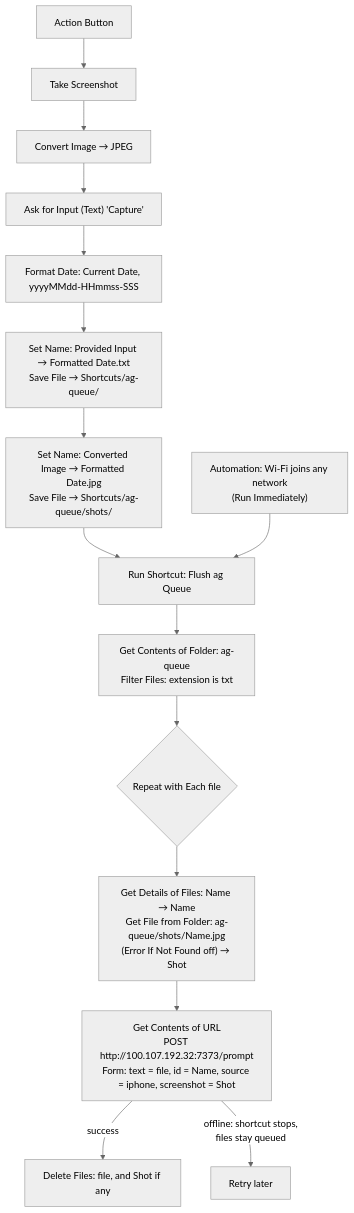
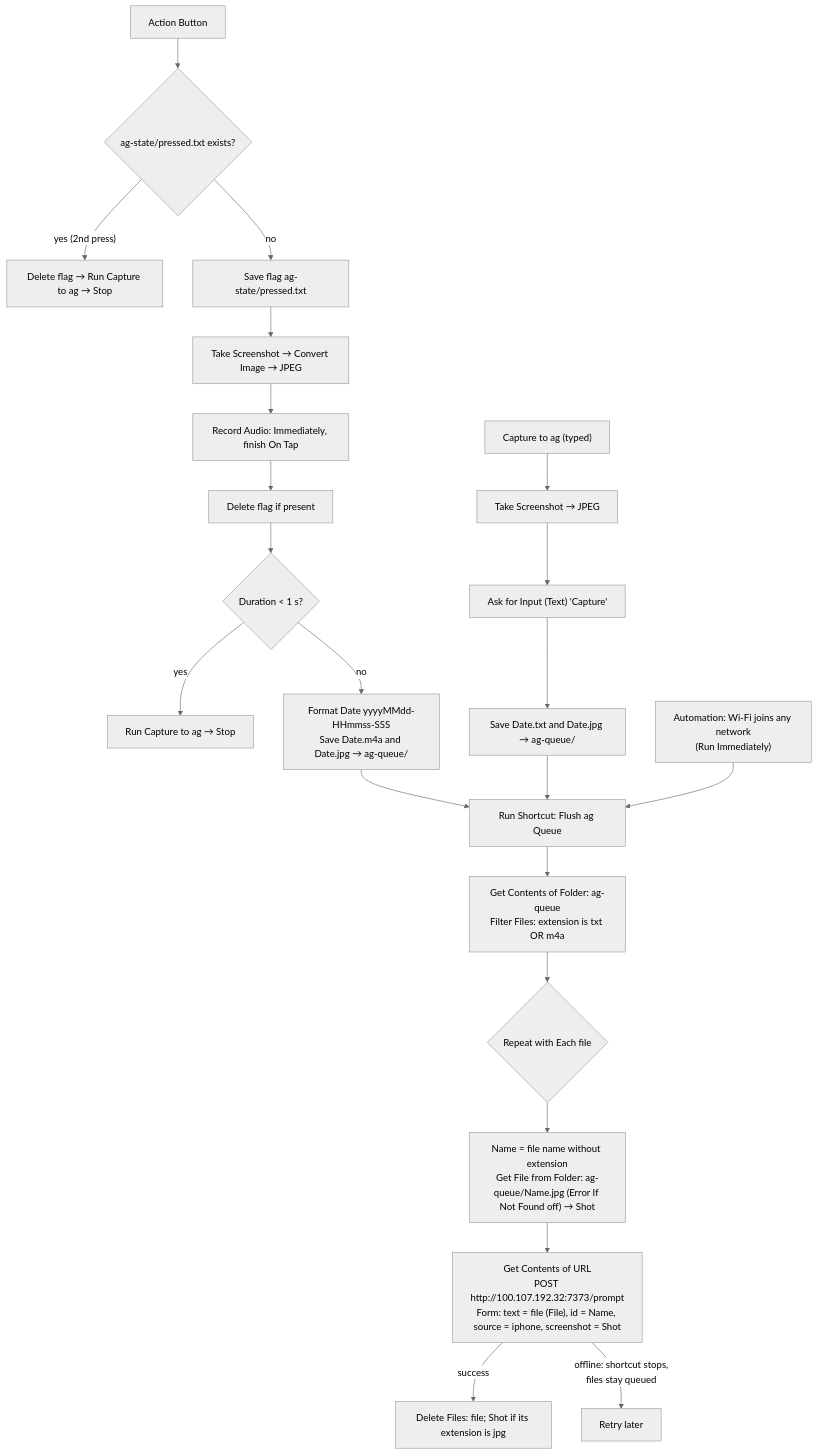
The diagram in ios-shortcuts/capture-to-ag.md (nathankoerschner/dotfiles), drawn with Mermaid (neutral theme) before and after one commit. The commit also changed other lines of this file and 7 other files, not shown here.

````diff
--- a/ios-shortcuts/capture-to-ag.md
+++ b/ios-shortcuts/capture-to-ag.md
@@ -18,18 +33,26 @@
 ```mermaid
 flowchart TD
-    A[Action Button] --> S["Take Screenshot"]
-    S --> S2["Convert Image → JPEG"]
-    S2 --> B["Ask for Input (Text) 'Capture'"]
-    B --> C["Format Date: Current Date, yyyyMMdd-HHmmss-SSS"]
-    C --> D["Set Name: Provided Input → Formatted Date.txt<br/>Save File → Shortcuts/ag-queue/"]
-    D --> D2["Set Name: Converted Image → Formatted Date.jpg<br/>Save File → Shortcuts/ag-queue/shots/"]
-    D2 --> F["Run Shortcut: Flush ag Queue"]
+    A[Action Button] --> V0{"ag-state/pressed.txt exists?"}
+    V0 -- "yes (2nd press)" --> V1["Delete flag → Run Capture to ag → Stop"]
+    V0 -- no --> V2["Save flag ag-state/pressed.txt"]
+    V2 --> V3["Take Screenshot → Convert Image → JPEG"]
+    V3 --> V4["Record Audio: Immediately, finish On Tap"]
+    V4 --> V5["Delete flag if present"]
+    V5 --> V6{"Duration < 1 s?"}
+    V6 -- yes --> V1b["Run Capture to ag → Stop"]
+    V6 -- no --> V7["Format Date yyyyMMdd-HHmmss-SSS<br/>Save Date.m4a and Date.jpg → ag-queue/"]
+    V7 --> F
+
+    T["Capture to ag (typed)"] --> S["Take Screenshot → JPEG"]
+    S --> B["Ask for Input (Text) 'Capture'"]
+    B --> D["Save Date.txt and Date.jpg → ag-queue/"]
+    D --> F["Run Shortcut: Flush ag Queue"]
 
     W["Automation: Wi-Fi joins any network<br/>(Run Immediately)"] --> F
-    F --> G["Get Contents of Folder: ag-queue<br/>Filter Files: extension is txt"]
+    F --> G["Get Contents of Folder: ag-queue<br/>Filter Files: extension is txt OR m4a"]
     G --> H{"Repeat with Each file"}
-    H --> N["Get Details of Files: Name → Name<br/>Get File from Folder: ag-queue/shots/Name.jpg<br/>(Error If Not Found off) → Shot"]
-    N --> I["Get Contents of URL<br/>POST http://100.107.192.32:7373/prompt<br/>Form: text = file, id = Name, source = iphone, screenshot = Shot"]
-    I -- "success" --> J["Delete Files: file, and Shot if any"]
+    H --> N["Name = file name without extension<br/>Get File from Folder: ag-queue/Name.jpg (Error If Not Found off) → Shot"]
+    N --> I["Get Contents of URL<br/>POST http://100.107.192.32:7373/prompt<br/>Form: text = file (File), id = Name, source = iphone, screenshot = Shot"]
+    I -- "success" --> J["Delete Files: file; Shot if its extension is jpg"]
     I -- "offline: shortcut stops,<br/>files stay queued" --> K[Retry later]
 ```
````
